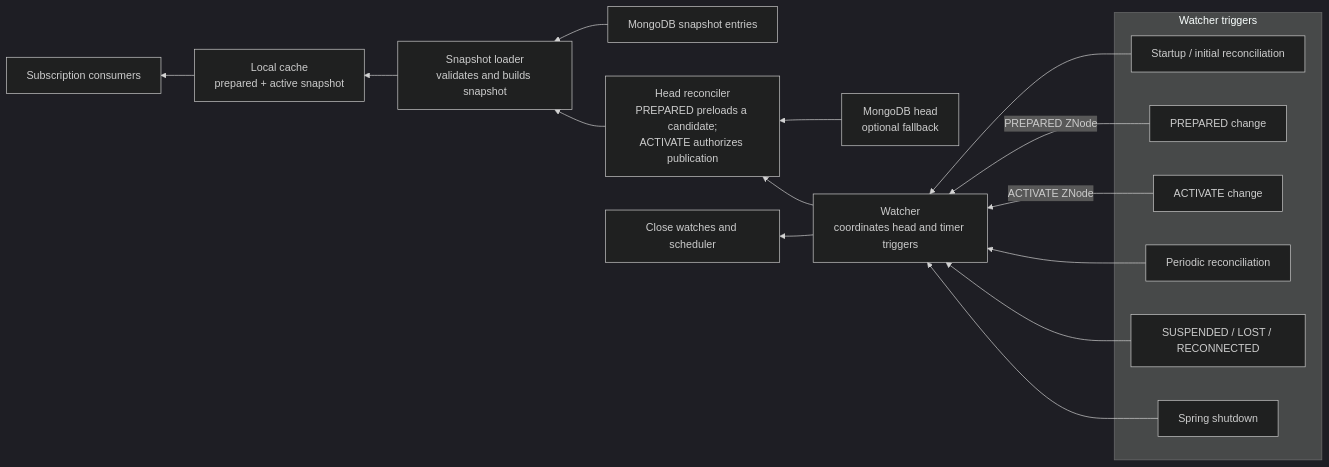
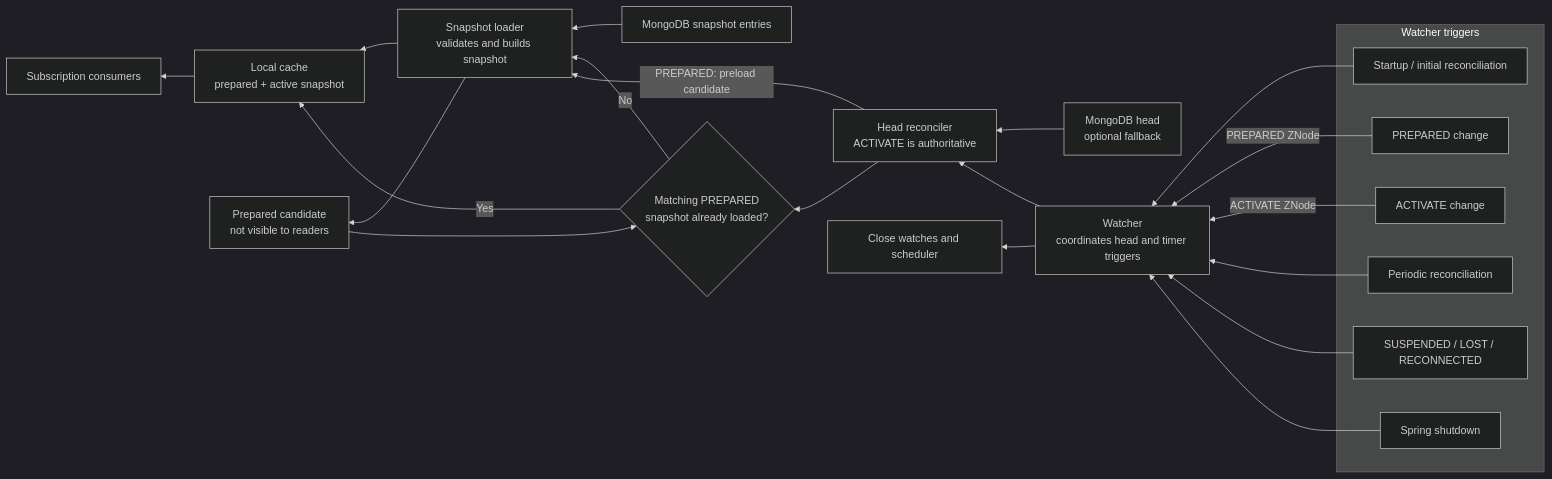
One commit to telekom/pubsub-horizon-spring-parent changed the fourth of 4 diagrams in docs/local-subscription-cache.md. Above: the diagram before and after it, drawn with Mermaid (dark theme). The commit also changed other lines of this file and 7 other files, not shown here.

First line of the commit message:
feat(cache): replace MongoDB head fallback flag with mongo-head-fallback-mode

````diff
--- a/docs/local-subscription-cache.md
+++ b/docs/local-subscription-cache.md
@@ -472,28 +520,33 @@
 ```mermaid
 flowchart RL
     subgraph watcherTriggers["Watcher triggers"]
         startup["Startup / initial reconciliation"]
         prepared["PREPARED change"]
         activate["ACTIVATE change"]
         periodic["Periodic reconciliation"]
         connection["SUSPENDED / LOST / RECONNECTED"]
         shutdown["Spring shutdown"]
     end
 
     readers["Subscription consumers"]
     cache["Local cache<br/>prepared + active snapshot"] --> readers
     loader["Snapshot loader<br/>validates and builds snapshot"] --> cache
     mongoData["MongoDB snapshot entries"] --> loader
 
-    reconciler["Head reconciler<br/>PREPARED preloads a candidate;<br/>ACTIVATE authorizes publication"] --> loader
+    reconciler["Head reconciler<br/>ACTIVATE is authoritative"] --> candidateMatch{"Matching PREPARED<br/>snapshot already loaded?"}
+    candidateMatch -- Yes --> cache
+    candidateMatch -- No --> loader
+    reconciler -- "PREPARED: preload candidate" --> loader
+    loader --> preparedSnapshot["Prepared candidate<br/>not visible to readers"]
+    preparedSnapshot --> candidateMatch
     mongoHead["MongoDB head<br/>optional fallback"] --> reconciler
     watcher["Watcher<br/>coordinates head and timer triggers"] --> reconciler
     closed["Close watches and scheduler"]
 
     startup --> watcher
     prepared -- "PREPARED ZNode" --> watcher
     activate -- "ACTIVATE ZNode" --> watcher
     periodic --> watcher
     connection --> watcher
     shutdown --> watcher --> closed
 ```
````
